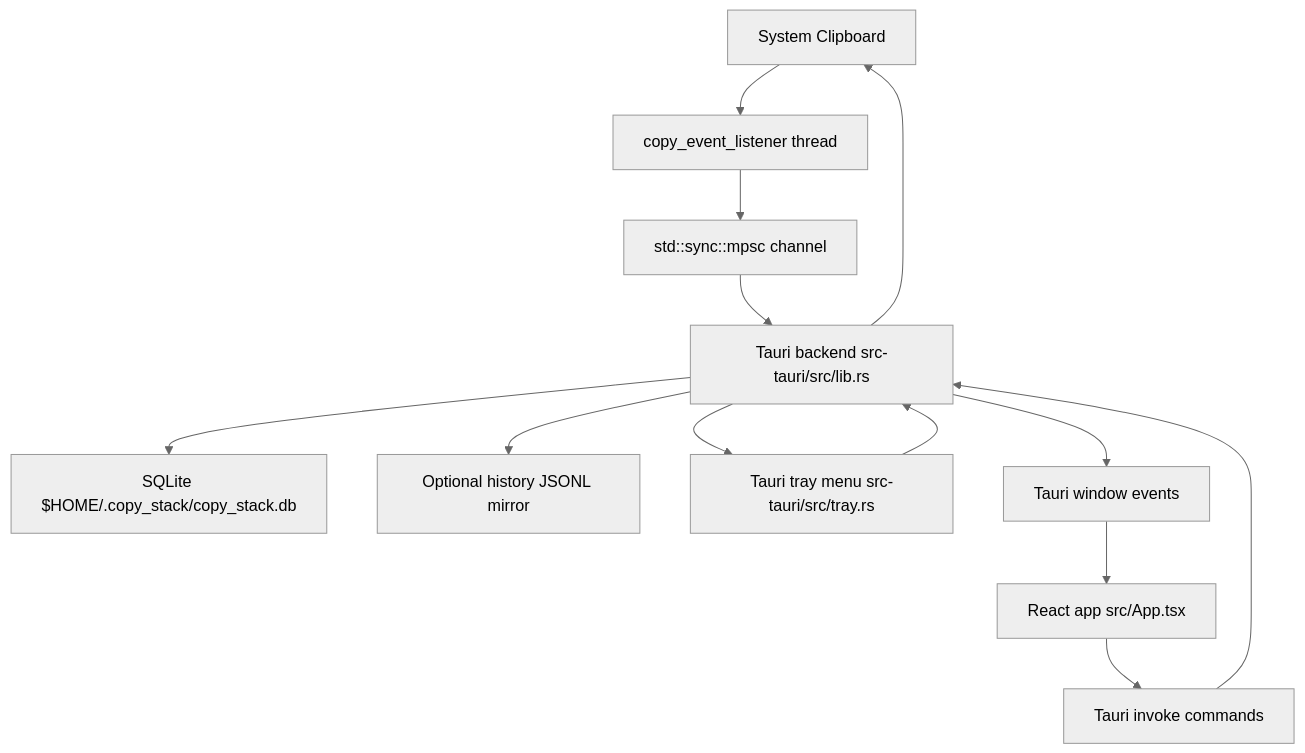
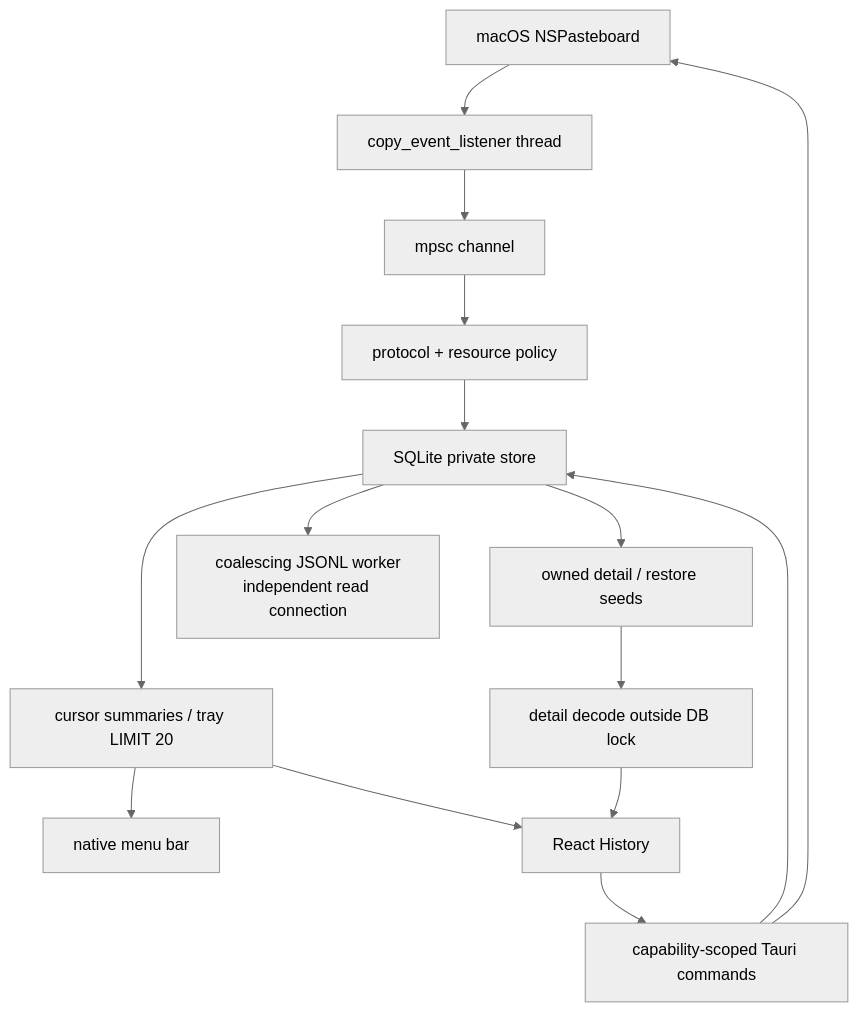
Before and after one commit to vdpw/copy_stack: the diagram in docs/architecture.md, drawn with Mermaid (neutral theme). The commit also changed other lines of this file and 92 other files, not shown here.

Commit message:
Harden clipboard history architecture and security

````diff
--- a/docs/architecture.md
+++ b/docs/architecture.md
@@ -5,15 +5,17 @@
 ```mermaid
 flowchart TD
-  OS["System Clipboard"] --> Listener["copy_event_listener thread"]
-  Listener --> Channel["std::sync::mpsc channel"]
-  Channel --> Tauri["Tauri backend src-tauri/src/lib.rs"]
-  Tauri --> DB["SQLite $HOME/.copy_stack/copy_stack.db"]
-  Tauri --> JSONL["Optional history JSONL mirror"]
-  Tauri --> Tray["Tauri tray menu src-tauri/src/tray.rs"]
-  Tauri --> Events["Tauri window events"]
-  UI["React app src/App.tsx"] --> Commands["Tauri invoke commands"]
-  Commands --> Tauri
-  Events --> UI
-  Tray --> Tauri
-  Tauri --> OS
+  OS["macOS NSPasteboard"] --> Listener["copy_event_listener thread"]
+  Listener --> Channel["mpsc channel"]
+  Channel --> Policy["protocol + resource policy"]
+  Policy --> DB["SQLite private store"]
+  DB --> Summaries["cursor summaries / tray LIMIT 20"]
+  DB --> Seeds["owned detail / restore seeds"]
+  Seeds --> Detail["detail decode outside DB lock"]
+  DB --> Mirror["coalescing JSONL worker<br/>independent read connection"]
+  Summaries --> Tray["native menu bar"]
+  Summaries --> UI["React History"]
+  Detail --> UI
+  UI --> Commands["capability-scoped Tauri commands"]
+  Commands --> DB
+  Commands --> OS
 ```
````
